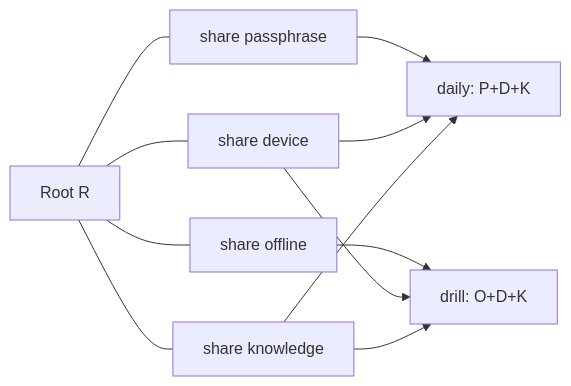
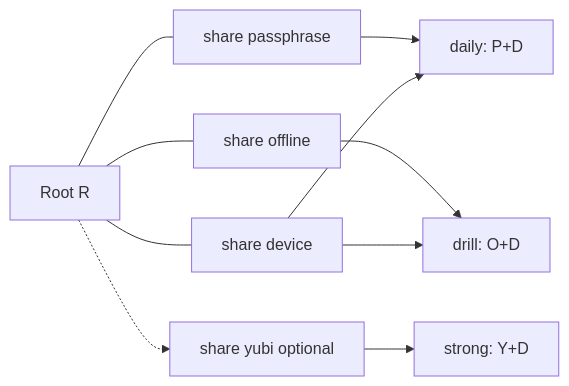
The sixth of 7 diagrams in arch-design/keeper.md (p10ns11y/arch-machine), drawn with Mermaid before and after one commit. The commit also changed other lines of this file and 14 other files, not shown here.

````diff
--- a/arch-design/keeper.md
+++ b/arch-design/keeper.md
@@ -196,18 +195,17 @@
 ```mermaid
 flowchart LR
   R[Root R]
   S1[share passphrase]
   S2[share offline]
   S3[share device]
-  S4[share knowledge]
+  S4[share yubi optional]
   R --- S1
   R --- S2
   R --- S3
-  R --- S4
-  S1 --> Daily[daily: P+D+K]
-  S2 --> Drill[drill: O+D+K]
+  R -.-> S4
+  S1 --> Daily[daily: P+D]
+  S2 --> Drill[drill: O+D]
   S3 --> Daily
   S3 --> Drill
-  S4 --> Daily
-  S4 --> Drill
+  S4 --> Strong[strong: Y+D]
 ```
````
